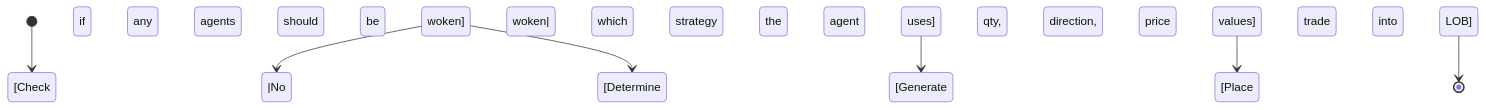
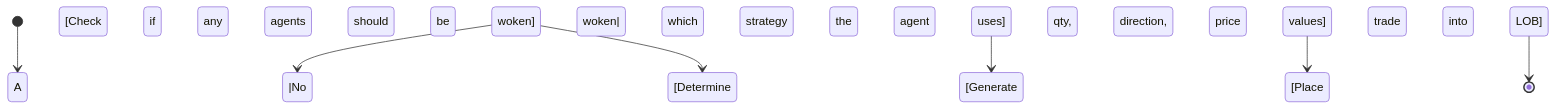
Before and after one commit to patrick-liston/Market_Simulator_dev: the second of 2 diagrams in README.md, drawn with Mermaid.

````diff
--- a/README.md
+++ b/README.md
@@ -69,14 +69,14 @@
 ```mermaid
 stateDiagram
-    [*] --> [Check if any agents should be woken]
-    [Check if any agents should be woken] --> |No agents woken| [*]
+    [*] --> A [Check if any agents should be woken]
+    A [Check if any agents should be woken] --> |No agents woken| [*]
     
-    [Check if any agents should be woken] --> [Determine which strategy the agent uses]
+    A [Check if any agents should be woken] --> [Determine which strategy the agent uses]
 
     [Determine which strategy the agent uses] --> [Generate qty, direction, price  values]
 
     [Generate qty, direction, price  values] --> [Place trade into LOB]
 
     [Place trade into LOB]-->[*]
  
 ```
````
